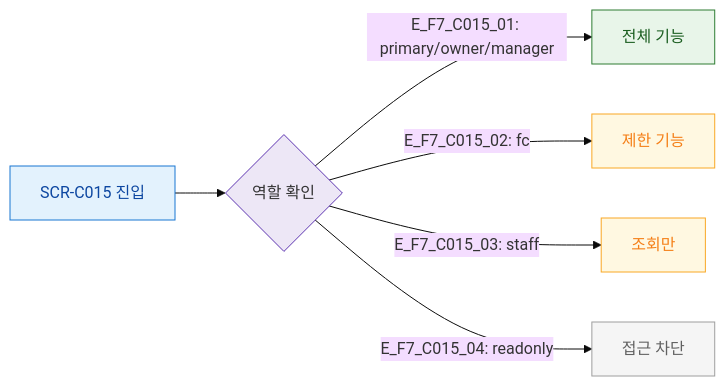
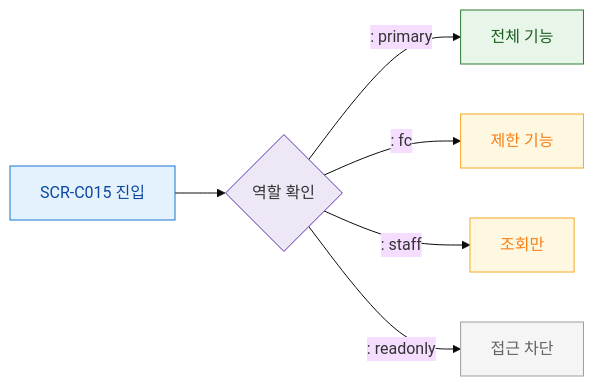
One commit to dev-spogym/admin-pando changed the diagram in docs/다이어그램/D04_수업관리/SCR-C015_수업녹화관리/F7_권한.md. Above: the diagram before and after it, drawn with Mermaid (base theme). The commit also changed other lines of this file and 1660 other files, not shown here.

First line of the commit message:
다이어그램: 기획자/클라이언트 납품본으로 정리

````diff
--- a/docs/다이어그램/D04_수업관리/SCR-C015_수업녹화관리/F7_권한.md
+++ b/docs/다이어그램/D04_수업관리/SCR-C015_수업녹화관리/F7_권한.md
@@ -20,18 +18,18 @@
 ```mermaid
 flowchart LR
   Enter[SCR-C015 진입] --> RoleCheck{역할 확인}
-  RoleCheck -->|"E_F7_C015_01: primary/owner/manager"| FullAccess[전체 기능]
-  RoleCheck -->|"E_F7_C015_02: fc"| FCAccess[제한 기능]
-  RoleCheck -->|"E_F7_C015_03: staff"| StaffAccess[조회만]
-  RoleCheck -->|"E_F7_C015_04: readonly"| Blocked[접근 차단]
+  RoleCheck -->|": primary"|FullAccess[전체 기능]
+  RoleCheck -->|": fc"|FCAccess[제한 기능]
+  RoleCheck -->|": staff"|StaffAccess[조회만]
+  RoleCheck -->|": readonly"|Blocked[접근 차단]
   classDef screen fill:#E3F2FD,stroke:#1976D2,color:#0D47A1
   classDef system fill:#EDE7F6,stroke:#5E35B2
   classDef success fill:#E8F5E9,stroke:#2E7D32,color:#1B5E20
   classDef warning fill:#FFF8E1,stroke:#F9A825,color:#F57F17
   classDef rbacBlocked fill:#F5F5F5,stroke:#9E9E9E,color:#616161
   class Enter screen
   class RoleCheck system
   class FullAccess success
   class FCAccess,StaffAccess warning
   class Blocked rbacBlocked
 ```
````
